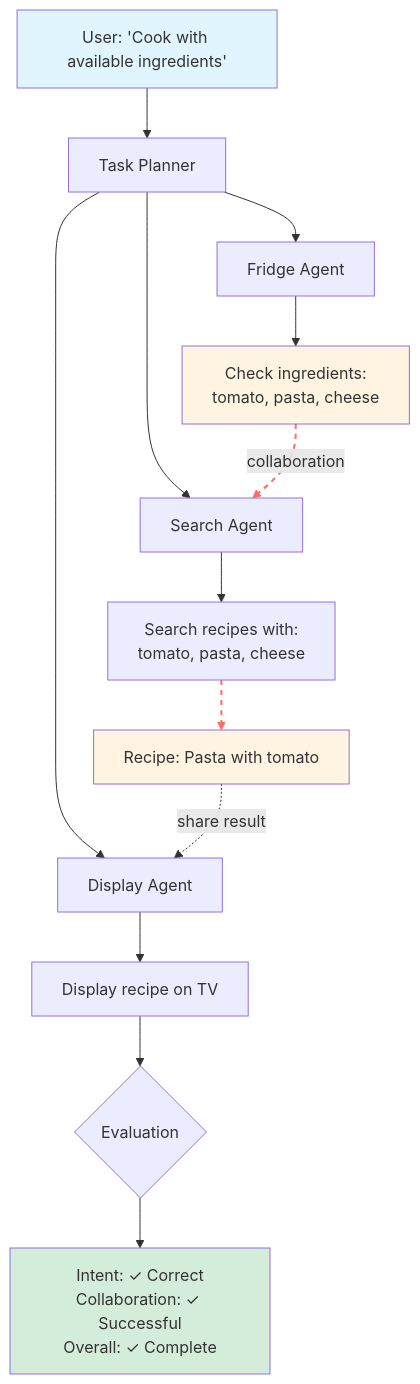
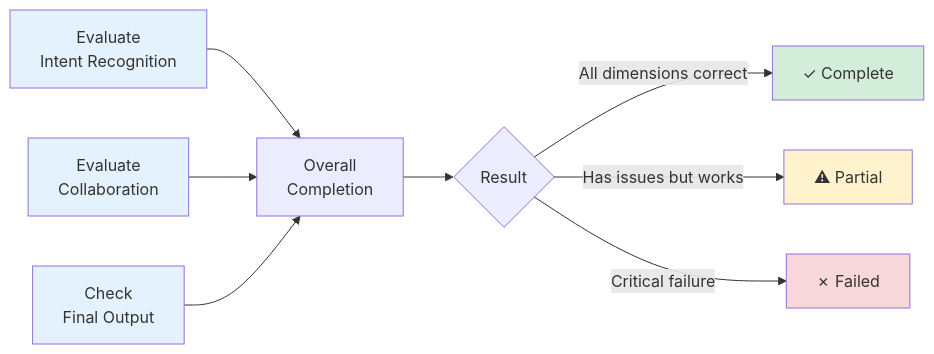
One commit to katzezweii/Study changed the diagram in README.md. Above: the diagram before and after it, drawn with Mermaid.

Commit message:
Update flowchart in README.md for clarity

````diff
--- a/README.md
+++ b/README.md
@@ -4,24 +4,18 @@
 ```mermaid
-flowchart TD
-    A["User: 'Cook with available ingredients'"] --> B[Task Planner]
-    B --> C[Search Agent]
-    B --> D[Fridge Agent]
-    B --> E[Display Agent]
+flowchart LR
+    A[Evaluate<br/>Intent Recognition] --> D[Overall<br/>Completion]
+    B[Evaluate<br/>Collaboration] --> D
+    C[Check<br/>Final Output] --> D
     
-    D --> F["Check ingredients:<br/>tomato, pasta, cheese"]
-    F -.->|collaboration| C
-    C --> G["Search recipes with:<br/>tomato, pasta, cheese"]
-    G --> H["Recipe: Pasta with tomato"]
-    H -.->|share result| E
-    E --> I["Display recipe on TV"]
+    D --> E{Result}
+    E -->|All dimensions correct| F[✓ Complete]
+    E -->|Has issues but works| G[⚠ Partial]
+    E -->|Critical failure| H[✗ Failed]
     
-    I --> J{Evaluation}
-    J --> K["Intent: ✓ Correct<br/>Collaboration: ✓ Successful<br/>Overall: ✓ Complete"]
-    
-    style A fill:#e1f5ff
-    style F fill:#fff4e1
-    style H fill:#fff4e1
-    style K fill:#d4edda
-    
-    linkStyle 5,7 stroke:#ff6b6b,stroke-width:2px,stroke-dasharray: 5 5
+    style A fill:#e3f2fd
+    style B fill:#e3f2fd
+    style C fill:#e3f2fd
+    style F fill:#d4edda
+    style G fill:#fff3cd
+    style H fill:#f8d7da
 ```
````
